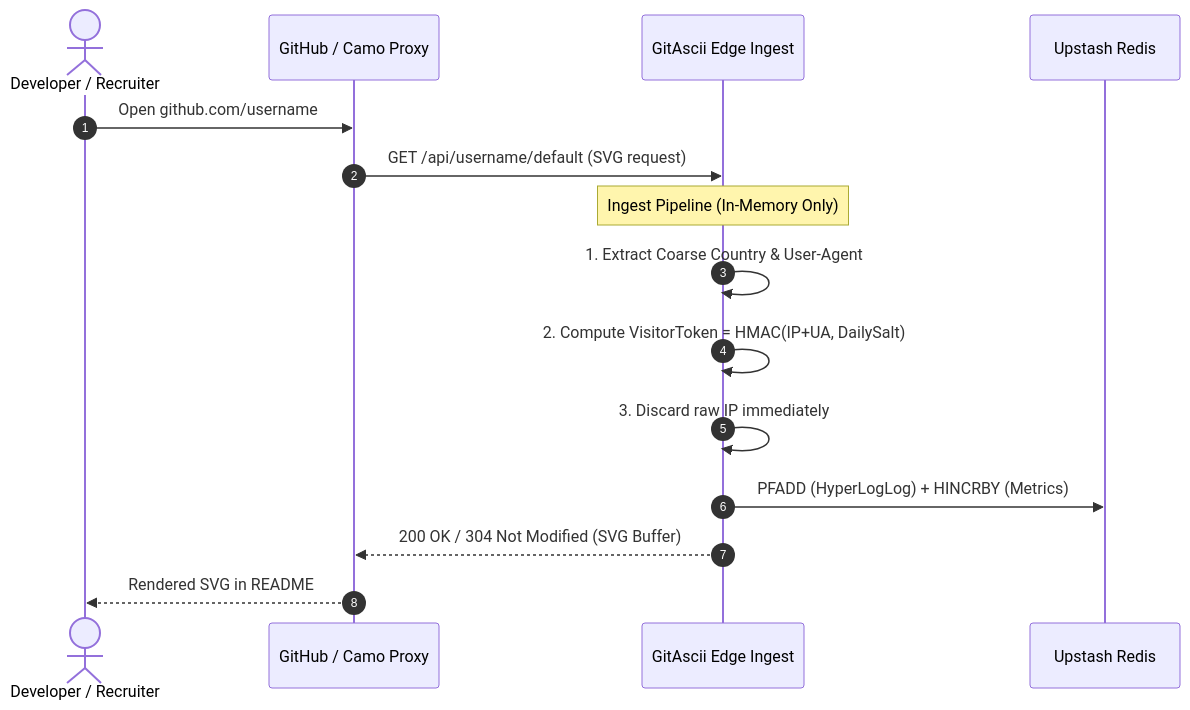
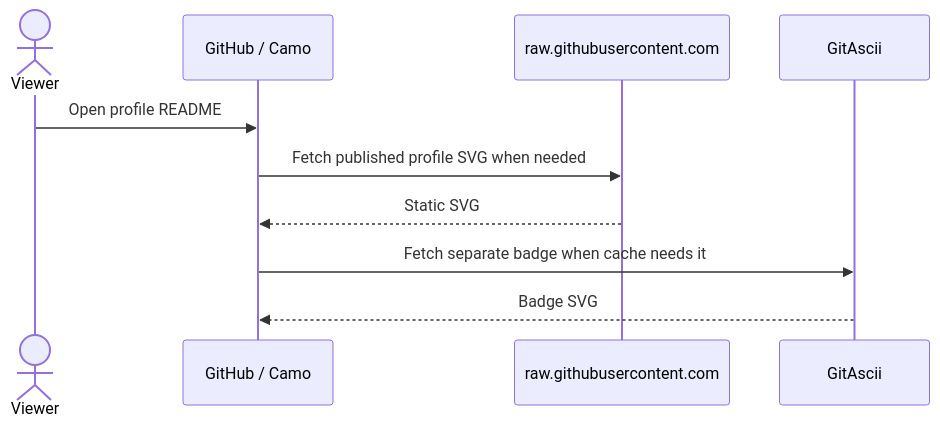
One commit to Igorcbraz/GitAscii changed the diagram in docs/pro/telemetry-and-privacy.mdx. Above: the diagram before and after it, drawn with Mermaid. The commit also changed other lines of this file and 22 other files, not shown here.

Commit message:
docs(v2): align README and project docs with GitHub-native publishing

````diff
--- a/docs/pro/telemetry-and-privacy.mdx
+++ b/docs/pro/telemetry-and-privacy.mdx
@@ -25,18 +19,12 @@
 ```mermaid
 sequenceDiagram
-    autonumber
-    actor Visitor as Developer / Recruiter
-    participant GH as GitHub / Camo Proxy
-    participant Edge as GitAscii Edge Ingest
-    participant Redis as Upstash Redis
-
-    Visitor->>GH: Open github.com/username
-    GH->>Edge: GET /api/username/default (SVG request)
-    Note over Edge: Ingest Pipeline (In-Memory Only)
-    Edge->>Edge: 1. Extract Coarse Country & User-Agent
-    Edge->>Edge: 2. Compute VisitorToken = HMAC(IP+UA, DailySalt)
-    Edge->>Edge: 3. Discard raw IP immediately
-    Edge->>Redis: PFADD (HyperLogLog) + HINCRBY (Metrics)
-    Edge-->>GH: 200 OK / 304 Not Modified (SVG Buffer)
-    GH-->>Visitor: Rendered SVG in README
+  actor Viewer
+  participant GitHub as GitHub / Camo
+  participant Raw as raw.githubusercontent.com
+  participant App as GitAscii
+  Viewer->>GitHub: Open profile README
+  GitHub->>Raw: Fetch published profile SVG when needed
+  Raw-->>GitHub: Static SVG
+  GitHub->>App: Fetch separate badge when cache needs it
+  App-->>GitHub: Badge SVG
 ```
````
